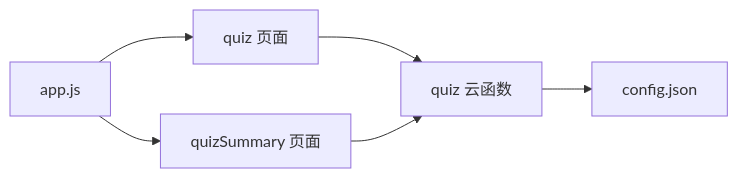
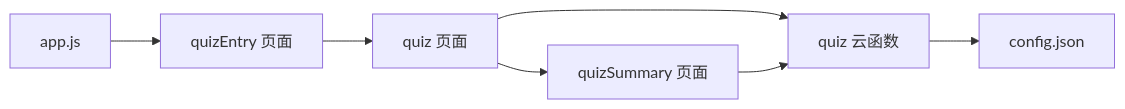
Diagram 13 of 13 in .qoder/repowiki/zh/content/核心功能模块/测验系统/测验系统.md (cwb7756/bio), drawn with Mermaid before and after one commit. The commit also changed other lines of this file and 46 other files, not shown here.

````diff
--- a/.qoder/repowiki/zh/content/核心功能模块/测验系统/测验系统.md
+++ b/.qoder/repowiki/zh/content/核心功能模块/测验系统/测验系统.md
@@ -382,8 +445,9 @@
 ```mermaid
 graph LR
-App["app.js"] --> QuizPage["quiz 页面"]
-App --> SummaryPage["quizSummary 页面"]
+App["app.js"] --> QuizEntry["quizEntry 页面"]
+QuizEntry --> QuizPage["quiz 页面"]
+QuizPage --> SummaryPage["quizSummary 页面"]
 QuizPage --> QuizCF["quiz 云函数"]
 SummaryPage --> QuizCF
 QuizCF --> Config["config.json"]
 ```
````
